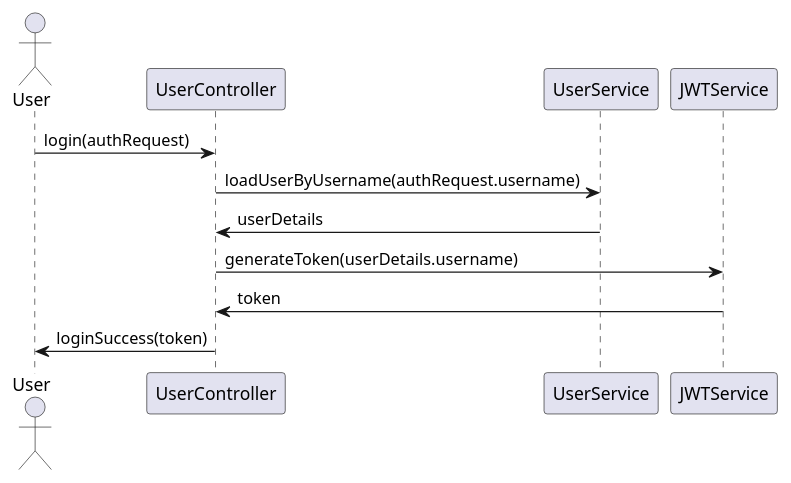
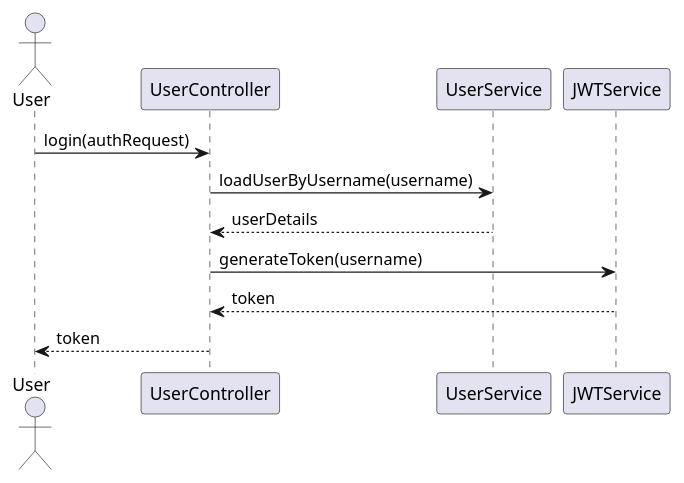
Before and after one commit to Dinesh-s95/AutoDoc.ai: the second of 4 diagrams in identityprovider/documentation/detaileddesign.adoc, drawn with PlantUML. The commit also changed other lines of this file and 4 other files, not shown here.

````diff
--- a/identityprovider/documentation/detaileddesign.adoc
+++ b/identityprovider/documentation/detaileddesign.adoc
@@ -271,15 +139,16 @@
-```plantuml
+[plantuml, authentication-sequence, png]
+----
 @startuml
-actor User
-participant UserController
-participant UserService
-participant JWTService
+actor "User" as user
+participant "UserController" as controller
+participant "UserService" as service
+participant "JWTService" as jwt
 
-User -> UserController : login(authRequest)
-UserController -> UserService : loadUserByUsername(authRequest.username)
-UserService -> UserController : userDetails
-UserController -> JWTService : generateToken(userDetails.username)
-JWTService -> UserController : token
-UserController -> User : loginSuccess(token)
+user -> controller : login(authRequest)
+controller -> service : loadUserByUsername(username)
+service --> controller : userDetails
+controller -> jwt : generateToken(username)
+jwt --> controller : token
+controller --> user : token
 @enduml
-```
+----
````
